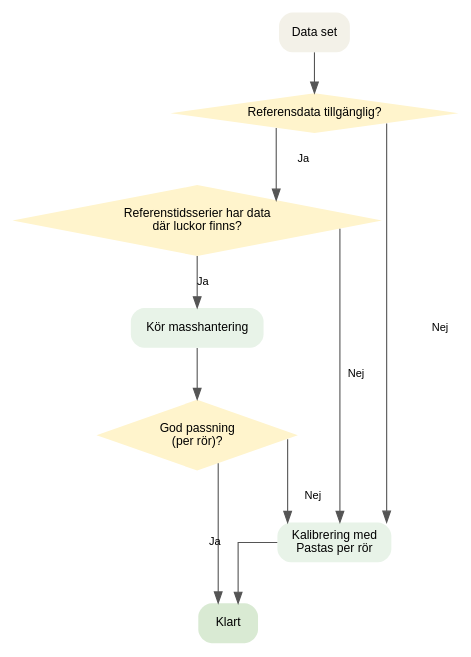
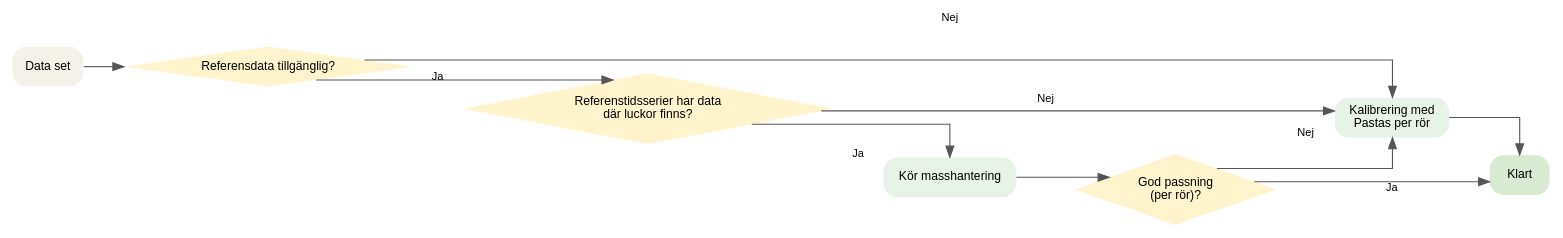
The diagram in handledning/flowcharts/ifyllnad.rst (ezra-haaf/Hydrogeologiska-storningar), drawn with Graphviz before and after one commit. The commit also changed 6 other files, not shown here.

```diff
--- a/handledning/flowcharts/ifyllnad.rst
+++ b/handledning/flowcharts/ifyllnad.rst
@@ -18,41 +18,42 @@
 .. graphviz::
 
    digraph G {
-     rankdir=TB;
+     rankdir=LR;
      splines=ortho;
      nodesep=0.4;
      ranksep=0.5;
 
      node [fontname="Helvetica", fillcolor="#f3f1e8", fontsize=11, penwidth=0];
      edge [fontname="Helvetica", fontsize=10, color="#555555"];
 
      // Shapes/styles
-     Start [label="Data set", shape=box, style="rounded,filled", fillcolor="#f3f1e8"];
+     Start [label="Data set", shape=box, style="rounded,filled", fillcolor="#f3f1e8",
+           URL="../examples/kompensation.html", target="_top"];
      D1 [label="Referensdata tillgänglig?", shape=diamond, style="filled", fillcolor="#fff4cc"];
      D2 [label="Referenstidsserier har data\ndär luckor finns?", shape=diamond, style="filled", fillcolor="#fff4cc"];
      D3 [label="God passning\n(per rör)?", shape=diamond, style="filled", fillcolor="#fff4cc"];
 
      Mass [label="Kör masshantering", shape=box, style="rounded,filled", fillcolor="#e8f3e8",
            URL="../examples/ifyllnad_mf_cv.html", target="_top"];
 
      Pastas [label="Kalibrering med\nPastas per rör", shape=box, style="rounded,filled", fillcolor="#e8f3e8",
              URL="../examples/kalibrering.html", target="_top"];
 
      End [label="Klart", shape=box, style="rounded,filled", fillcolor="#d9ead3"];
 
      // Flow
      Start -> D1;
 
      D1 -> D2 [label="Ja"];
      D1 -> Pastas [label="Nej"];
 
      D2 -> Mass [label="Ja"];
      D2 -> Pastas [label="Nej"];
 
      Mass -> D3;
 
      D3 -> End [label="Ja"];
      D3 -> Pastas [label="Nej"];
 
      Pastas -> End;
    }
```
